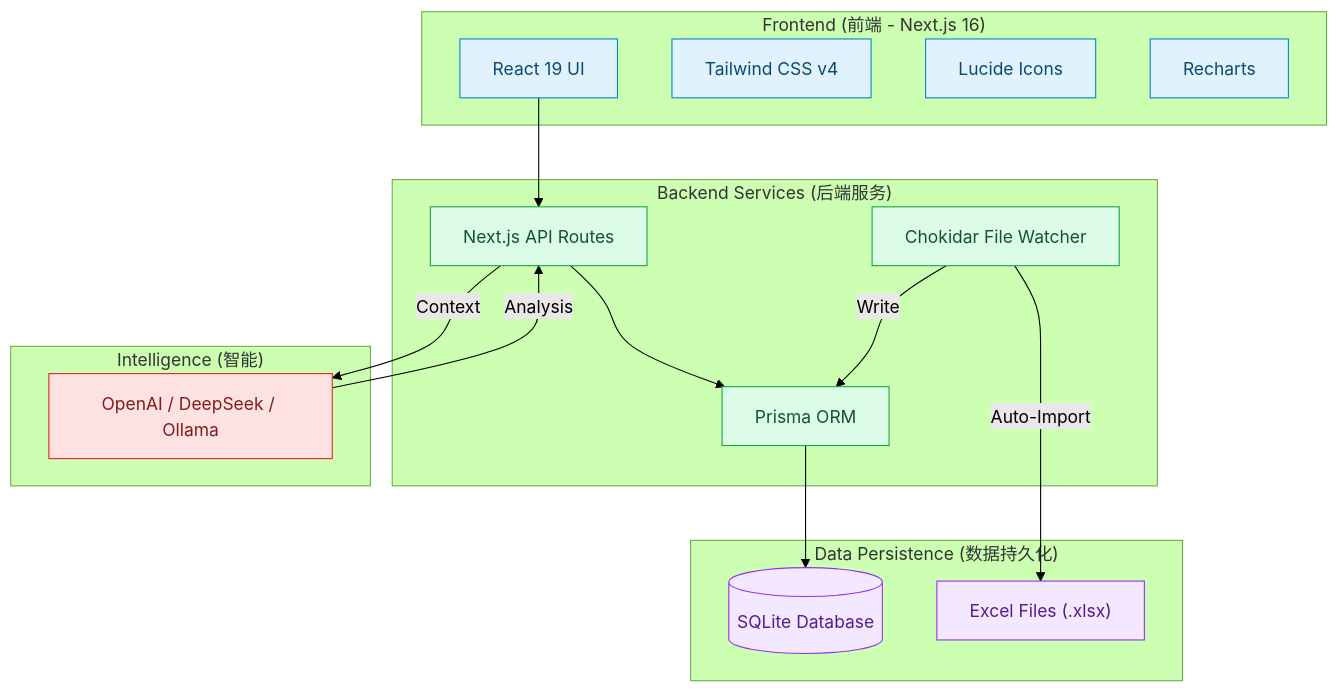
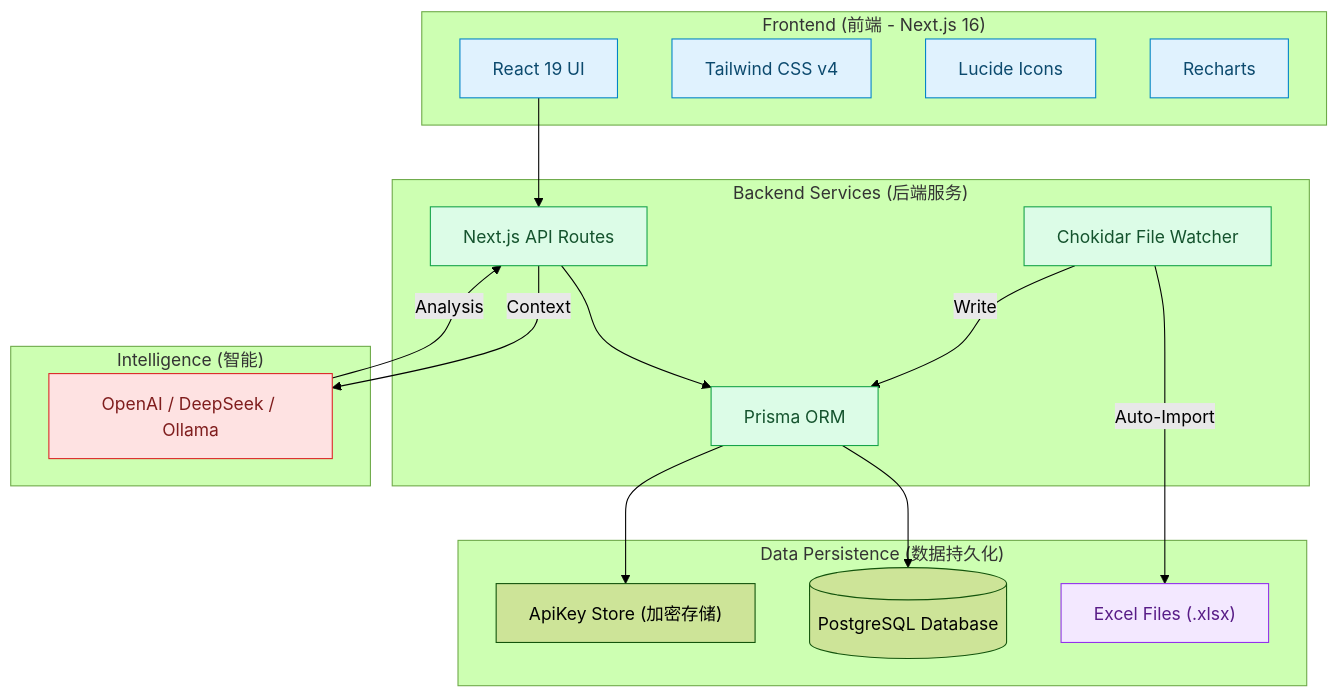
The second of 2 diagrams in README_ZH.md (Tropical8818/iProTraX), drawn with Mermaid (forest theme) before and after one commit. The commit also changed other lines of this file and 14 other files, not shown here.

Commit message:
feat: implement External REST API v1, API key management UI, and updated documentation

````diff
--- a/README_ZH.md
+++ b/README_ZH.md
@@ -141,44 +151,45 @@
 ```mermaid
 flowchart TB
     subgraph Client ["Frontend (前端 - Next.js 16)"]
         UI[React 19 UI]
         TW[Tailwind CSS v4]
         Icon[Lucide Icons]
         Chart[Recharts]
     end
 
     subgraph Server ["Backend Services (后端服务)"]
         API[Next.js API Routes]
         Watcher[Chokidar File Watcher]
         Prisma[Prisma ORM]
     end
 
     subgraph Data ["Data Persistence (数据持久化)"]
-        SQLite[(SQLite Database)]
+        Postgres[(PostgreSQL Database)]
         Excel["Excel Files (.xlsx)"]
+        ApiKeyStore["ApiKey Store (加密存储)"]
     end
-
     subgraph AI ["Intelligence (智能)"]
         OpenAI["OpenAI / DeepSeek / Ollama"]
     end
 
     %% Connections
     UI --> API
     API --> Prisma
-    Prisma --> SQLite
+    Prisma --> Postgres
+    Prisma --> ApiKeyStore
     Watcher -->|Auto-Import| Excel
     Watcher -->|Write| Prisma
     API -->|Context| OpenAI
     OpenAI -->|Analysis| API
 
     %% Styling
     classDef fe fill:#e0f2fe,stroke:#0284c7,color:#0c4a6e;
     classDef be fill:#dcfce7,stroke:#16a34a,color:#14532d;
     classDef db fill:#f3e8ff,stroke:#9333ea,color:#581c87;
     classDef ai fill:#fee2e2,stroke:#dc2626,color:#7f1d1d;
 
     class UI,TW,Icon,Chart fe;
     class API,Watcher,Prisma be;
     class SQLite,Excel db;
     class OpenAI ai;
 ```
````
